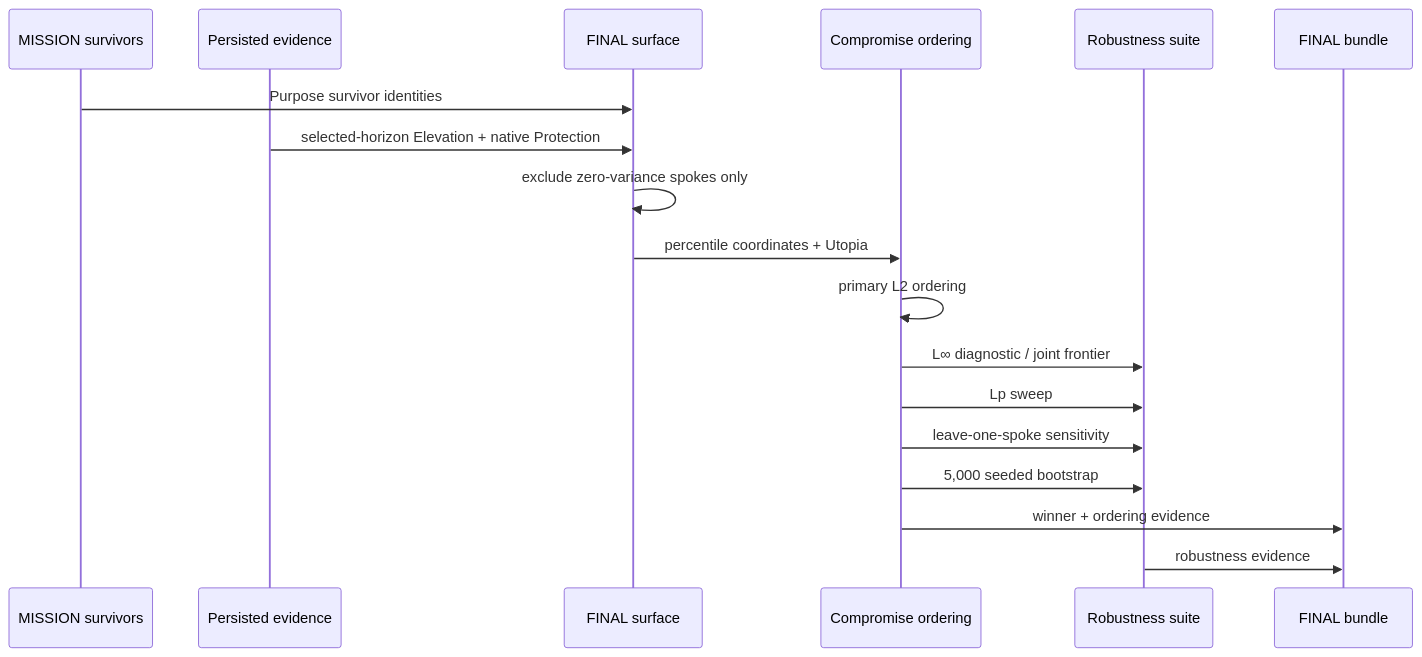
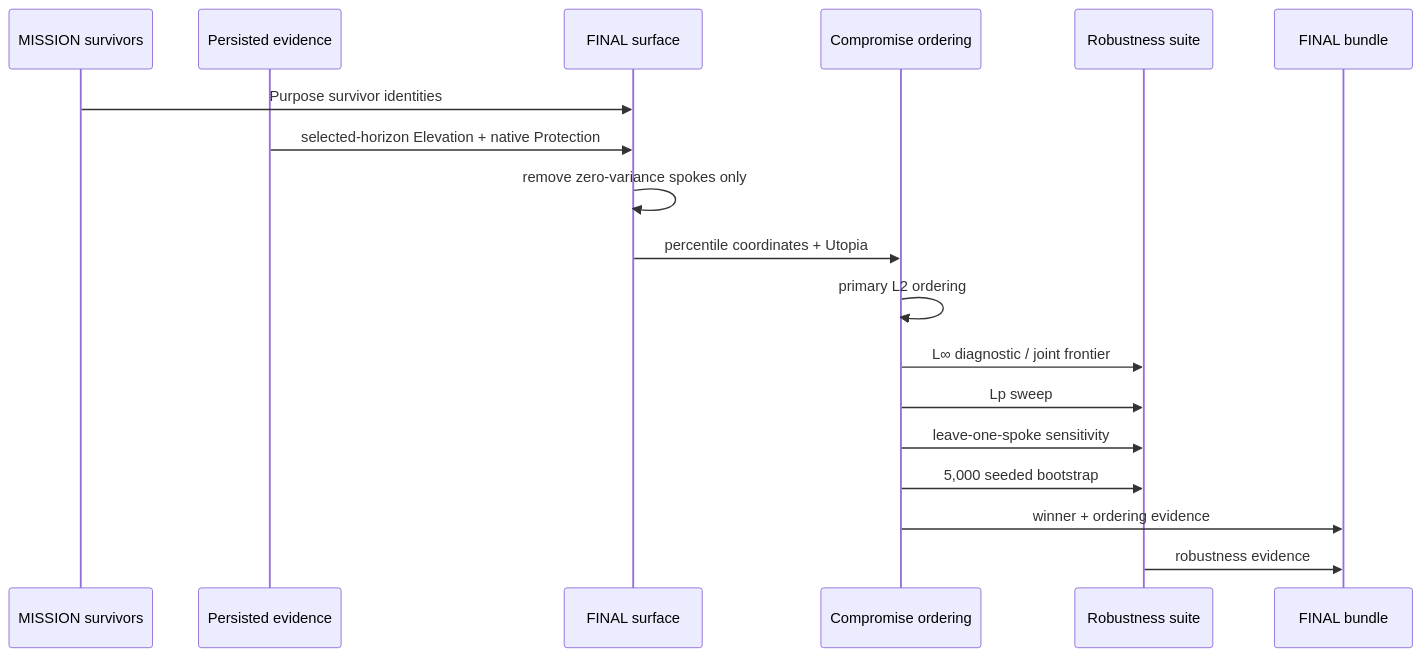
Before and after one commit to rrajeshkannan/lakshya: the eighth of 13 diagrams in docs/Lakshya_Pipeline_Sequence.md, drawn with Mermaid. The commit also changed other lines of this file, not shown here.

Commit message:
Align pipeline sequence with LPS LFS LTS

````diff
--- a/docs/Lakshya_Pipeline_Sequence.md
+++ b/docs/Lakshya_Pipeline_Sequence.md
@@ -284,21 +373,21 @@
 ```mermaid
 sequenceDiagram
     participant Mission as MISSION survivors
     participant Evidence as Persisted evidence
     participant Surface as FINAL surface
     participant Norm as Compromise ordering
     participant Robust as Robustness suite
     participant Output as FINAL bundle
 
     Mission->>Surface: Purpose survivor identities
     Evidence->>Surface: selected-horizon Elevation + native Protection
-    Surface->>Surface: exclude zero-variance spokes only
+    Surface->>Surface: remove zero-variance spokes only
     Surface->>Norm: percentile coordinates + Utopia
     Norm->>Norm: primary L2 ordering
     Norm->>Robust: L∞ diagnostic / joint frontier
     Norm->>Robust: Lp sweep
     Norm->>Robust: leave-one-spoke sensitivity
     Norm->>Robust: 5,000 seeded bootstrap
     Norm->>Output: winner + ordering evidence
     Robust->>Output: robustness evidence
 ```
````
